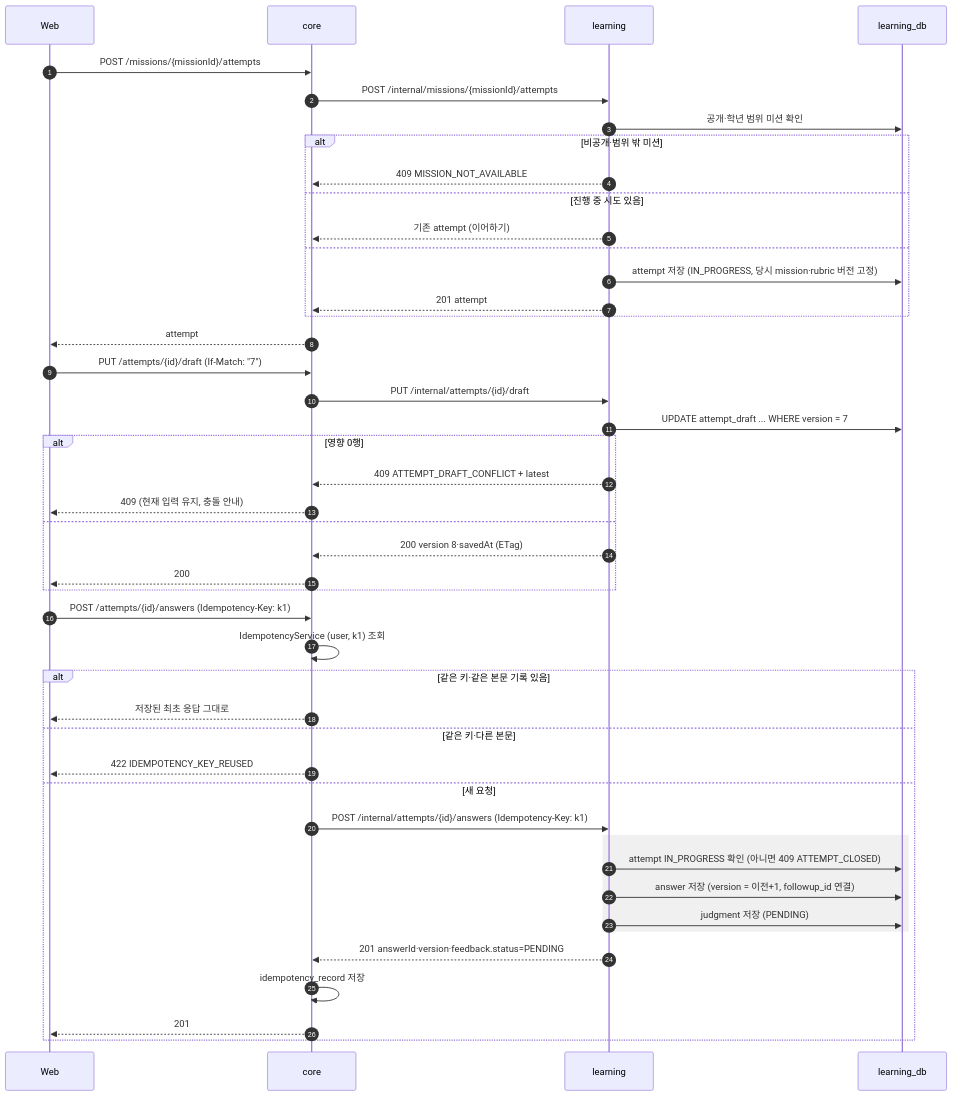
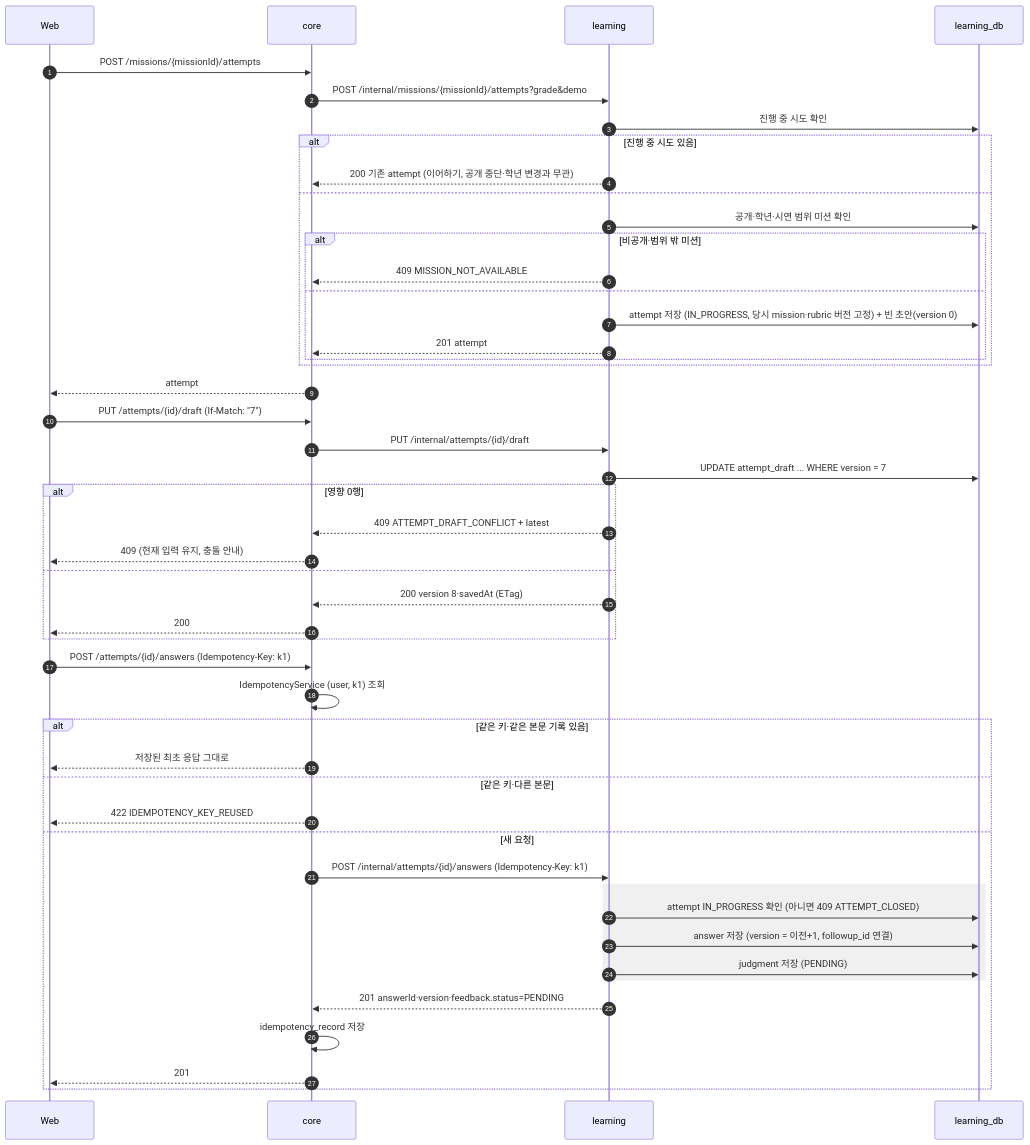
Before and after one commit to SKNETWORKS-FAMILY-AICAMP/SKN34-FINAL-3TEAM: the seventh of 21 diagrams in docs/design/sequence-diagram.md, drawn with Mermaid. The commit also changed 2 other files, not shown here.

Commit message:
docs: 학습 시도 시작 계약과 이어하기 순서 설계 반영

````diff
--- a/docs/design/sequence-diagram.md
+++ b/docs/design/sequence-diagram.md
@@ -230,50 +230,53 @@
 ```mermaid
 sequenceDiagram
   autonumber
   participant W as Web
   participant C as core
   participant L as learning
   participant DB as learning_db
 
   W->>C: POST /missions/{missionId}/attempts
-  C->>L: POST /internal/missions/{missionId}/attempts
-  L->>DB: 공개·학년 범위 미션 확인
-  alt 비공개·범위 밖 미션
-    L-->>C: 409 MISSION_NOT_AVAILABLE
-  else 진행 중 시도 있음
-    L-->>C: 기존 attempt (이어하기)
+  C->>L: POST /internal/missions/{missionId}/attempts?grade&demo
+  L->>DB: 진행 중 시도 확인
+  alt 진행 중 시도 있음
+    L-->>C: 200 기존 attempt (이어하기, 공개 중단·학년 변경과 무관)
   else
-    L->>DB: attempt 저장 (IN_PROGRESS, 당시 mission·rubric 버전 고정)
-    L-->>C: 201 attempt
+    L->>DB: 공개·학년·시연 범위 미션 확인
+    alt 비공개·범위 밖 미션
+      L-->>C: 409 MISSION_NOT_AVAILABLE
+    else
+      L->>DB: attempt 저장 (IN_PROGRESS, 당시 mission·rubric 버전 고정) + 빈 초안(version 0)
+      L-->>C: 201 attempt
+    end
   end
   C-->>W: attempt
 
   W->>C: PUT /attempts/{id}/draft (If-Match: "7")
   C->>L: PUT /internal/attempts/{id}/draft
   L->>DB: UPDATE attempt_draft ... WHERE version = 7
   alt 영향 0행
     L-->>C: 409 ATTEMPT_DRAFT_CONFLICT + latest
     C-->>W: 409 (현재 입력 유지, 충돌 안내)
   else
     L-->>C: 200 version 8·savedAt (ETag)
     C-->>W: 200
   end
 
   W->>C: POST /attempts/{id}/answers (Idempotency-Key: k1)
   C->>C: IdempotencyService (user, k1) 조회
   alt 같은 키·같은 본문 기록 있음
     C-->>W: 저장된 최초 응답 그대로
   else 같은 키·다른 본문
     C-->>W: 422 IDEMPOTENCY_KEY_REUSED
   else 새 요청
     C->>L: POST /internal/attempts/{id}/answers (Idempotency-Key: k1)
     rect rgba(128,128,128,0.12)
       L->>DB: attempt IN_PROGRESS 확인 (아니면 409 ATTEMPT_CLOSED)
       L->>DB: answer 저장 (version = 이전+1, followup_id 연결)
       L->>DB: judgment 저장 (PENDING)
     end
     L-->>C: 201 answerId·version·feedback.status=PENDING
     C->>C: idempotency_record 저장
     C-->>W: 201
   end
 ```
````
